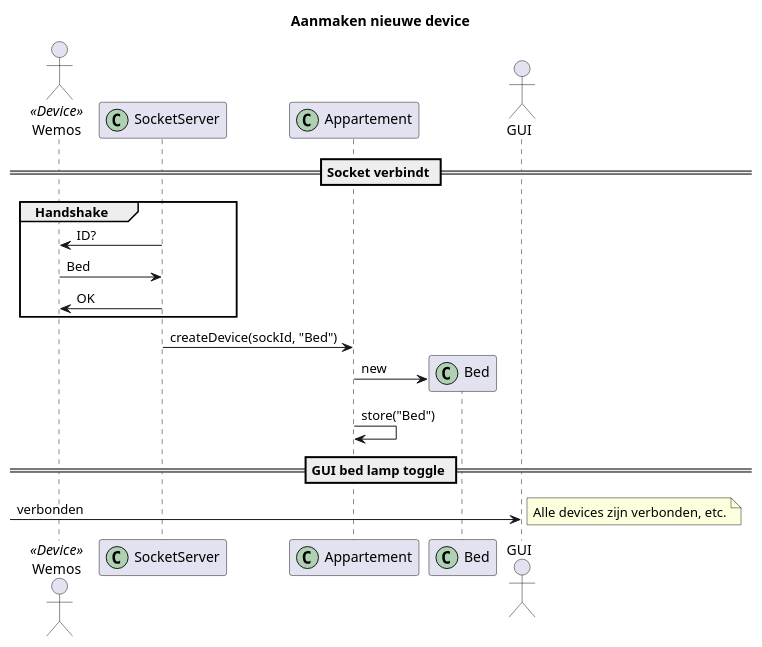
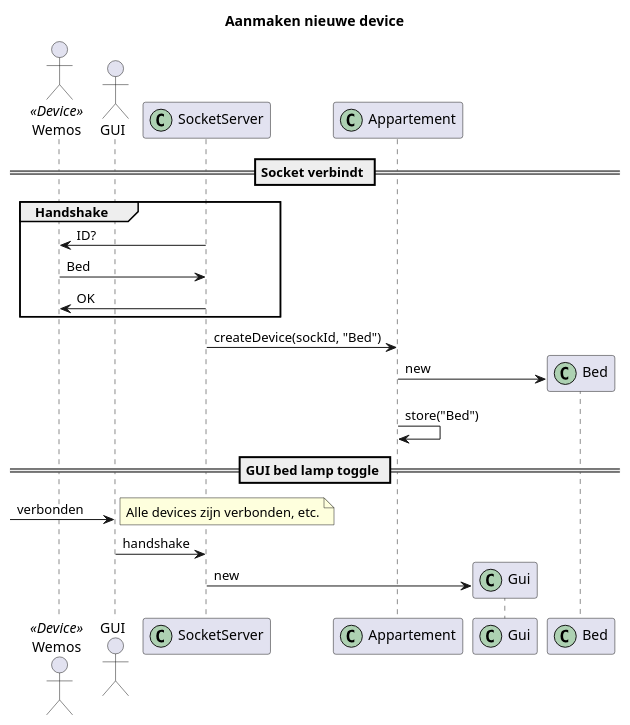
The diagram in Ontwerpen/communicatie_sequence.plantuml (Whalehunter/PJSDV), drawn with PlantUML before and after one commit. The commit also changed 1 other file, not shown here.

Commit message:
Wat veranderingen in UML ontwerpen

```diff
--- a/Ontwerpen/communicatie_sequence.plantuml
+++ b/Ontwerpen/communicatie_sequence.plantuml
@@ -1,27 +1,31 @@
 @startuml
 title Aanmaken nieuwe device
 
 actor Wemos << Device >>
+actor GUI
 participant SocketServer << (C,#ADD1B2) >>
 participant Appartement << (C,#ADD1B2) >>
+participant Gui << (C,#ADD1B2) >>
 participant Bed << (C,#ADD1B2) >>
-actor GUI
 
 == Socket verbindt ==
 
 group Handshake
         SocketServer -> Wemos: ID?
         SocketServer <- Wemos: Bed
         SocketServer -> Wemos: OK
 end
 SocketServer -> Appartement: createDevice(sockId, "Bed")
 Appartement -> Bed **: new
 Appartement -> Appartement: store("Bed")
 
 == GUI bed lamp toggle ==
 [-> GUI: verbonden
 note right: Alle devices zijn verbonden, etc.
+GUI -> SocketServer: handshake
+SocketServer -> Gui **: new
+
 
 
 
 @enduml
```
